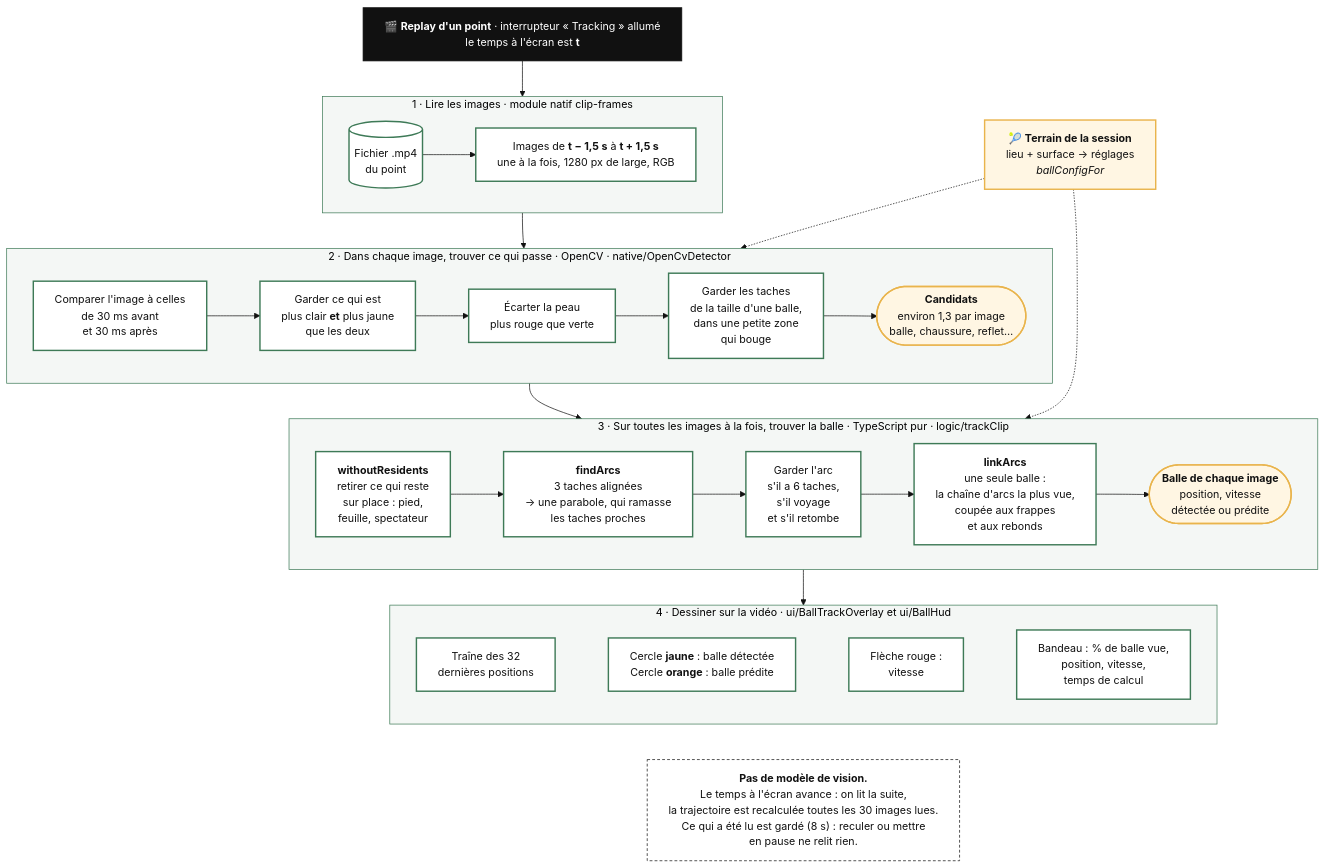
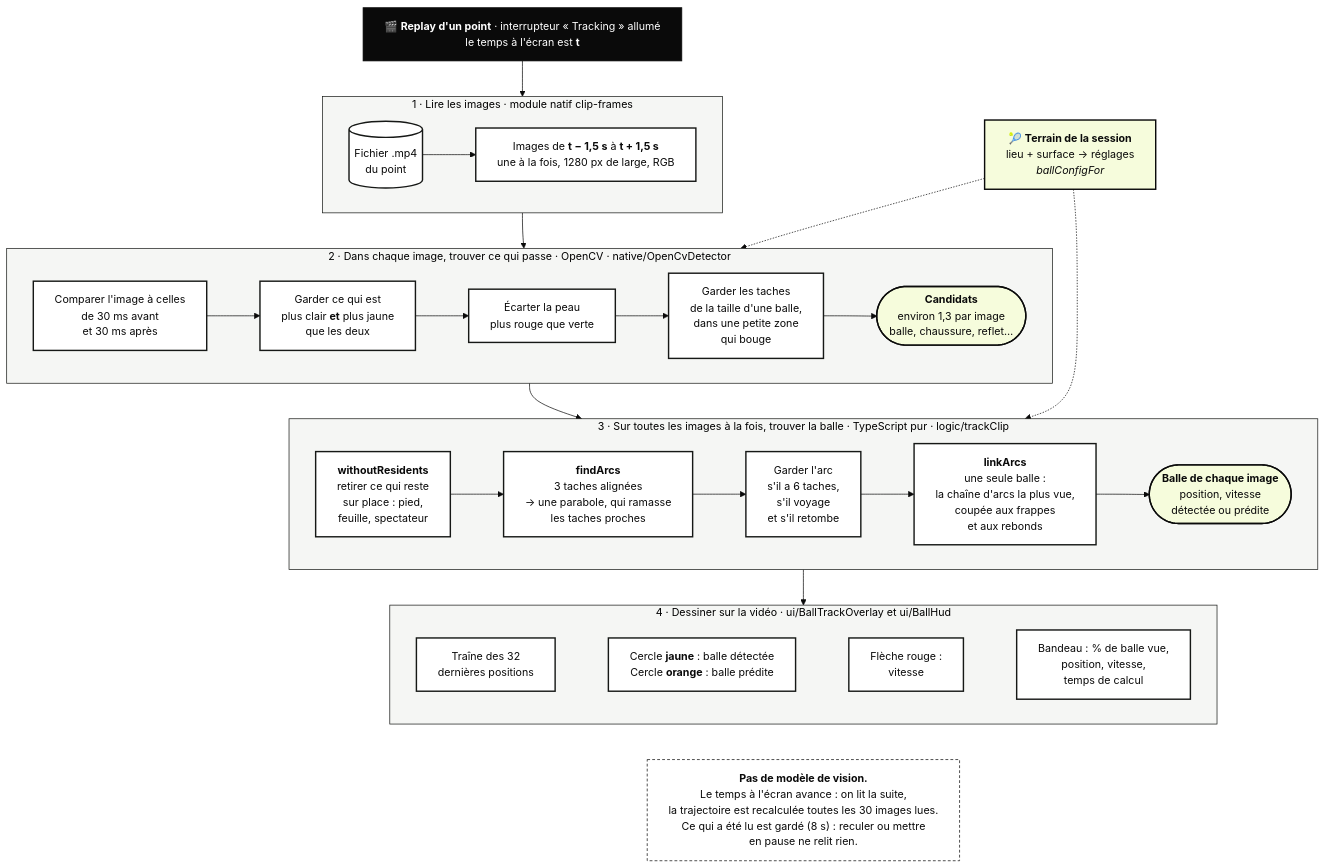
One commit to B0TAstro/lineo changed the diagram in docs/tracking.md. Above: the diagram before and after it, drawn with Mermaid. The commit also changed 133 other files, not shown here.

````diff
--- a/docs/tracking.md
+++ b/docs/tracking.md
@@ -7,58 +7,58 @@
 ```mermaid
-%%{init: {'theme':'base','flowchart':{'wrappingWidth':460},'themeVariables':{'fontFamily':'Helvetica, Arial','fontSize':'15px','primaryColor':'#FFFFFF','primaryTextColor':'#111111','primaryBorderColor':'#3E7A57','lineColor':'#111111','clusterBkg':'#F4F7F5','clusterBorder':'#3E7A57'}}}%%
+%%{init: {'theme':'base','flowchart':{'wrappingWidth':460},'themeVariables':{'fontFamily':'Helvetica, Arial','fontSize':'15px','primaryColor':'#FFFFFF','primaryTextColor':'#0A0A0A','primaryBorderColor':'#161816','lineColor':'#0A0A0A','clusterBkg':'#F5F6F4','clusterBorder':'#161816'}}}%%
 flowchart TB
   REPLAY["🎬 <b>Replay d'un point</b> · interrupteur « Tracking » allumé<br/>le temps à l'écran est <b>t</b>"]
   COURT["🎾 <b>Terrain de la session</b><br/>lieu + surface → réglages<br/><i>ballConfigFor</i>"]
 
   subgraph LIRE["1 · Lire les images · module natif clip-frames"]
     direction LR
     L1[("Fichier .mp4<br/>du point")]
     L2["Images de <b>t − 1,5 s</b> à <b>t + 1,5 s</b><br/>une à la fois, 1280 px de large, RGB"]
     L1 --> L2
   end
 
   subgraph DETECTER["2 · Dans chaque image, trouver ce qui passe · OpenCV · native/OpenCvDetector"]
     direction LR
     D1["Comparer l'image à celles<br/>de 30 ms avant<br/>et 30 ms après"]
     D2["Garder ce qui est<br/>plus clair <b>et</b> plus jaune<br/>que les deux"]
     D3["Écarter la peau<br/>plus rouge que verte"]
     D4["Garder les taches<br/>de la taille d'une balle,<br/>dans une petite zone<br/>qui bouge"]
     D5(["<b>Candidats</b><br/>environ 1,3 par image<br/>balle, chaussure, reflet…"])
     D1 --> D2 --> D3 --> D4 --> D5
   end
 
   subgraph SUIVRE["3 · Sur toutes les images à la fois, trouver la balle · TypeScript pur · logic/trackClip"]
     direction LR
     S1["<b>withoutResidents</b><br/>retirer ce qui reste<br/>sur place : pied,<br/>feuille, spectateur"]
     S2["<b>findArcs</b><br/>3 taches alignées<br/>→ une parabole, qui ramasse<br/>les taches proches"]
     S3["Garder l'arc<br/>s'il a 6 taches,<br/>s'il voyage<br/>et s'il retombe"]
     S4["<b>linkArcs</b><br/>une seule balle :<br/>la chaîne d'arcs la plus vue,<br/>coupée aux frappes<br/>et aux rebonds"]
     S5(["<b>Balle de chaque image</b><br/>position, vitesse<br/>détectée ou prédite"])
     S1 --> S2 --> S3 --> S4 --> S5
   end
 
   subgraph DESSINER["4 · Dessiner sur la vidéo · ui/BallTrackOverlay et ui/BallHud"]
     direction LR
     V1["Traîne des 32<br/>dernières positions"]
     V2["Cercle <b>jaune</b> : balle détectée<br/>Cercle <b>orange</b> : balle prédite"]
     V3["Flèche rouge :<br/>vitesse"]
     V4["Bandeau : % de balle vue,<br/>position, vitesse,<br/>temps de calcul"]
     V1 ~~~ V2 ~~~ V3 ~~~ V4
   end
 
   REPLAY --> LIRE --> DETECTER --> SUIVRE --> DESSINER
   COURT -.-> DETECTER
   COURT -.-> SUIVRE
 
   NOTE["<b>Pas de modèle de vision.</b><br/>Le temps à l'écran avance : on lit la suite,<br/>la trajectoire est recalculée toutes les 30 images lues.<br/>Ce qui a été lu est gardé (8 s) : reculer ou mettre<br/>en pause ne relit rien."]
   DESSINER ~~~ NOTE
 
-  classDef step fill:#FFFFFF,stroke:#3E7A57,stroke-width:2px,color:#111111
-  classDef result fill:#FFF6E3,stroke:#E9B44C,stroke-width:2px,color:#111111
-  classDef ui fill:#111111,stroke:#111111,color:#FFFFFF
-  classDef note fill:#FFFFFF,stroke:#111111,stroke-dasharray:4 3,color:#111111
+  classDef step fill:#FFFFFF,stroke:#161816,stroke-width:2px,color:#0A0A0A
+  classDef result fill:#F6FCDC,stroke:#0A0A0A,stroke-width:2px,color:#0A0A0A
+  classDef ui fill:#0A0A0A,stroke:#0A0A0A,color:#FFFFFF
+  classDef note fill:#FFFFFF,stroke:#0A0A0A,stroke-dasharray:4 3,color:#0A0A0A
   class L1,L2,D1,D2,D3,D4,S1,S2,S3,S4,V1,V2,V3,V4 step
   class D5,S5,COURT result
   class REPLAY ui
   class NOTE note
 ```
````
